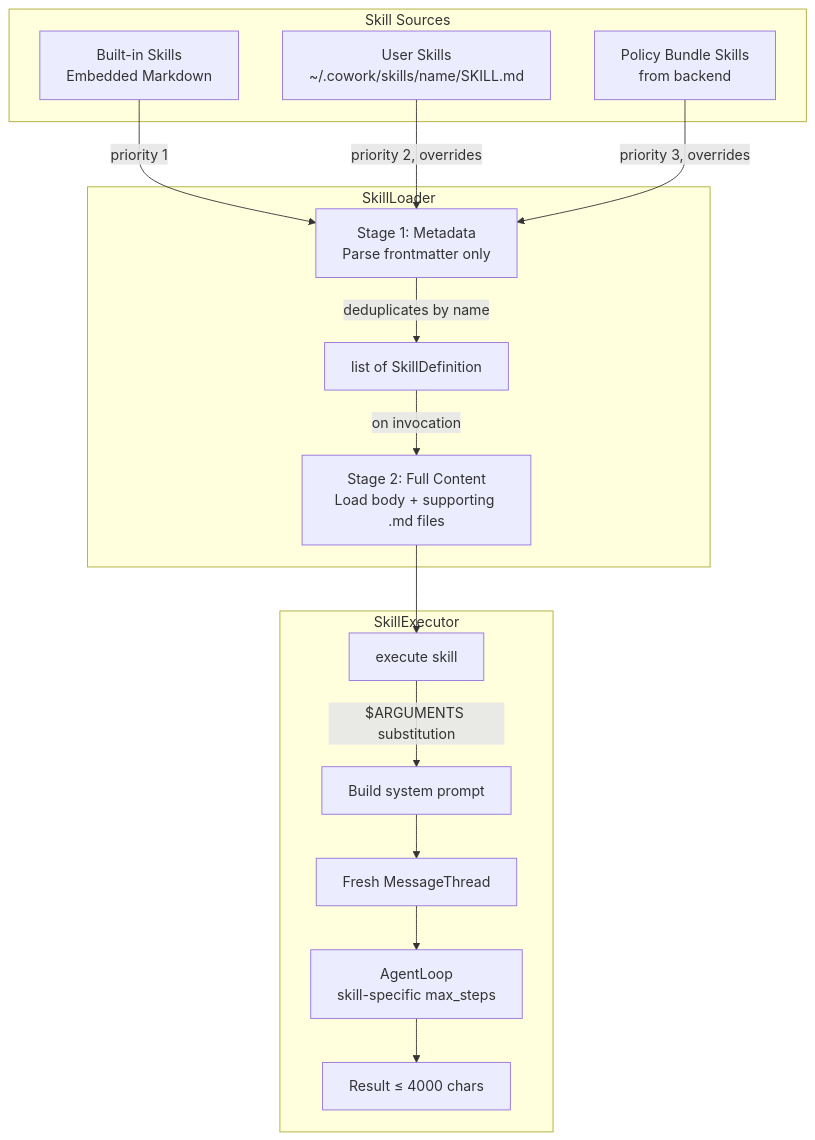
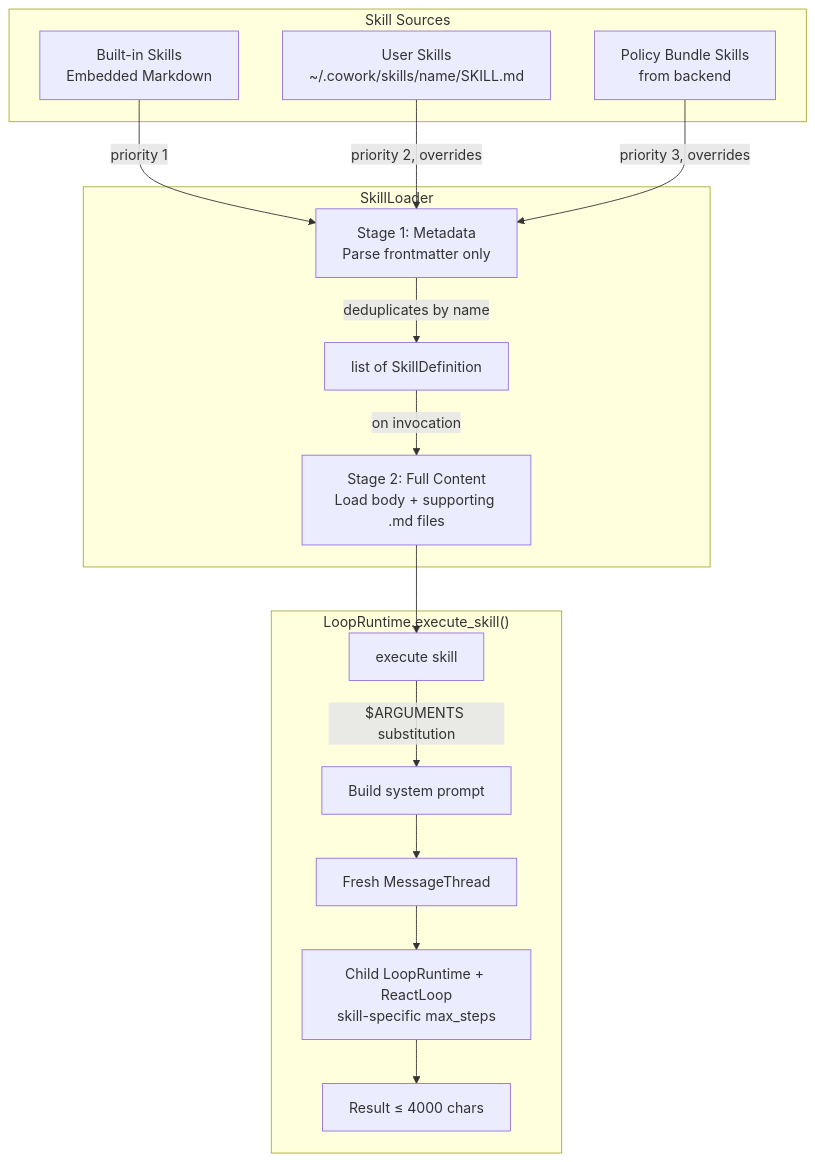
Before and after one commit to suman724/cowork-agent-runtime: diagram 12 of 24 in docs/agent-loop-architecture.md, drawn with Mermaid. The commit also changed other lines of this file and 15 other files, not shown here.

First line of the commit message:
refactor(loop): decompose AgentLoop into LoopRuntime + LoopStrategy + ReactLoop (#33)

````diff
--- a/docs/agent-loop-architecture.md
+++ b/docs/agent-loop-architecture.md
@@ -742,27 +805,27 @@
 ```mermaid
 graph TD
     subgraph Skill Sources
         Builtin[Built-in Skills<br/>Embedded Markdown]
         User[User Skills<br/>~/.cowork/skills/name/SKILL.md]
         Policy[Policy Bundle Skills<br/>from backend]
     end
 
     subgraph SkillLoader
         Stage1[Stage 1: Metadata<br/>Parse frontmatter only]
         Stage2[Stage 2: Full Content<br/>Load body + supporting .md files]
         Builtin -->|priority 1| Stage1
         User -->|priority 2, overrides| Stage1
         Policy -->|priority 3, overrides| Stage1
         Stage1 -->|deduplicates by name| Skills[list of SkillDefinition]
         Skills -->|on invocation| Stage2
     end
 
-    subgraph SkillExecutor
+    subgraph "LoopRuntime.execute_skill()"
         Exec[execute skill]
         Stage2 --> Exec
         Exec -->|$ARGUMENTS substitution| Prompt[Build system prompt]
         Prompt --> Thread[Fresh MessageThread]
-        Thread --> Loop[AgentLoop<br/>skill-specific max_steps]
+        Thread --> Loop[Child LoopRuntime + ReactLoop<br/>skill-specific max_steps]
         Loop --> Result[Result ≤ 4000 chars]
     end
 ```
````
